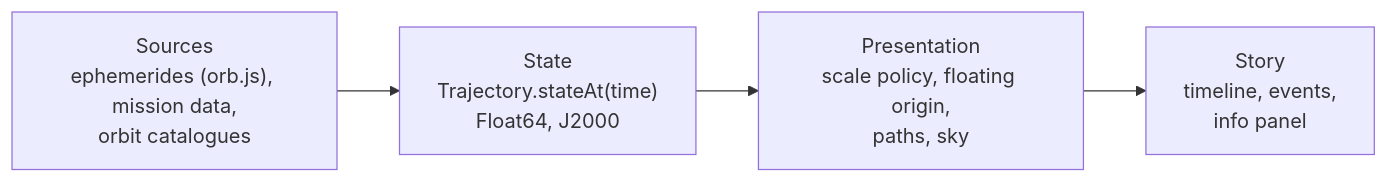
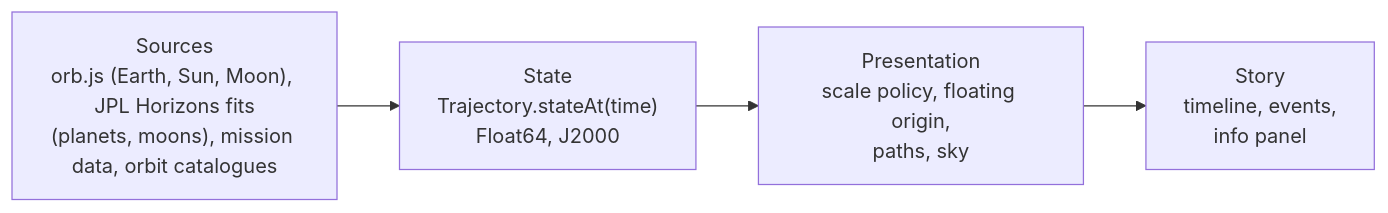
One commit to anipatke/Astraeus changed the diagram in README.md. Above: the diagram before and after it, drawn with Mermaid. The commit also changed other lines of this file and 4 other files, not shown here.

First line of the commit message:
O-090 T-436: shorter, truthful root README; site copy names the Horizons fits (done); router to T-437

````diff
--- a/README.md
+++ b/README.md
@@ -62,6 +62,6 @@
 ```mermaid
 flowchart LR
-  A["Sources<br/>ephemerides (orb.js), mission data,<br/>orbit catalogues"] --> B["State<br/>Trajectory.stateAt(time)<br/>Float64, J2000"]
+  A["Sources<br/>orb.js (Earth, Sun, Moon), JPL Horizons fits<br/>(planets, moons), mission data, orbit catalogues"] --> B["State<br/>Trajectory.stateAt(time)<br/>Float64, J2000"]
   B --> C["Presentation<br/>scale policy, floating origin,<br/>paths, sky"]
   C --> D["Story<br/>timeline, events,<br/>info panel"]
 ```
````
